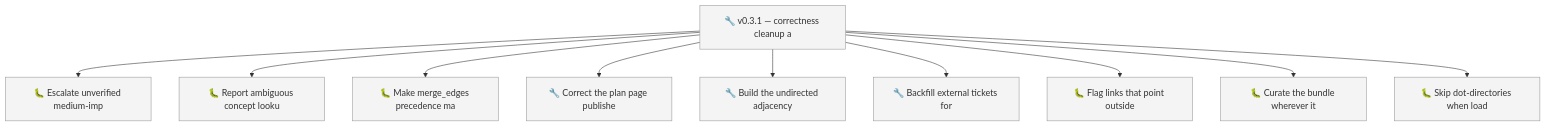
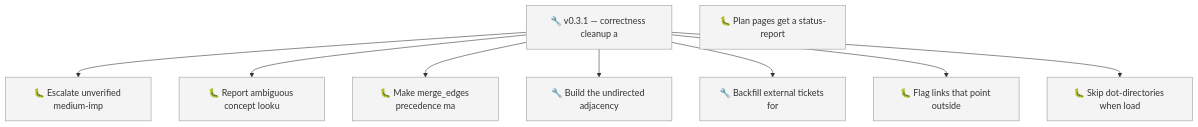
The first of 2 diagrams in docs/roadmap.md (SpillwaveSolutions/okf-plugin), drawn with Mermaid before and after one commit. The commit also changed other lines of this file and 17 other files, not shown here.

````diff
--- a/docs/roadmap.md
+++ b/docs/roadmap.md
@@ -67,24 +70,21 @@
 ```mermaid
 graph TD
     01KZ2CAAT56M9V49211G7NVBYV["🐛 Escalate unverified medium-imp"]
     01KZ2CAAT5C7PGNP8QDXGJJB9E["🐛 Report ambiguous concept looku"]
     01KZ2CAAT5G2ND3RAF4TAXR5B9["🔧 v0.3.1 — correctness cleanup a"]
     01KZ2CAAT5JS108XWJ4T00B3V1["🐛 Make merge_edges precedence ma"]
-    01KZ2CAAT61CM8G0N25MPDEHRQ["🔧 Correct the plan page publishe"]
     01KZ2CAAT64CERBRZMR7AJZ5XW["🔧 Build the undirected adjacency"]
     01KZ2CAAT66ZFTBX9NQ7Z0AKKX["🔧 Backfill external tickets for"]
     01KZ2CAAT6XQ5WCT70AS6QQNTY["🐛 Flag links that point outside"]
-    01KZ2CAAT6YNARXMA7HMNM1AZ1["🐛 Curate the bundle wherever it"]
     01KZ2CAAT6Z9Q09MMFFWD7XH1R["🐛 Skip dot-directories when load"]
+    01KZ2CYK20RWGPSEE6VGZ3NHBP["🐛 Plan pages get a status-report"]
     01KZ2CAAT5G2ND3RAF4TAXR5B9 --> 01KZ2CAAT56M9V49211G7NVBYV
     01KZ2CAAT5G2ND3RAF4TAXR5B9 --> 01KZ2CAAT5C7PGNP8QDXGJJB9E
     01KZ2CAAT5G2ND3RAF4TAXR5B9 --> 01KZ2CAAT5JS108XWJ4T00B3V1
-    01KZ2CAAT5G2ND3RAF4TAXR5B9 --> 01KZ2CAAT61CM8G0N25MPDEHRQ
     01KZ2CAAT5G2ND3RAF4TAXR5B9 --> 01KZ2CAAT64CERBRZMR7AJZ5XW
     01KZ2CAAT5G2ND3RAF4TAXR5B9 --> 01KZ2CAAT66ZFTBX9NQ7Z0AKKX
     01KZ2CAAT5G2ND3RAF4TAXR5B9 --> 01KZ2CAAT6XQ5WCT70AS6QQNTY
-    01KZ2CAAT5G2ND3RAF4TAXR5B9 --> 01KZ2CAAT6YNARXMA7HMNM1AZ1
     01KZ2CAAT5G2ND3RAF4TAXR5B9 --> 01KZ2CAAT6Z9Q09MMFFWD7XH1R
     classDef todo fill:#f4f4f4,stroke:#999999
-    class 01KZ2CAAT56M9V49211G7NVBYV,01KZ2CAAT5C7PGNP8QDXGJJB9E,01KZ2CAAT5G2ND3RAF4TAXR5B9,01KZ2CAAT5JS108XWJ4T00B3V1,01KZ2CAAT61CM8G0N25MPDEHRQ,01KZ2CAAT64CERBRZMR7AJZ5XW,01KZ2CAAT66ZFTBX9NQ7Z0AKKX,01KZ2CAAT6XQ5WCT70AS6QQNTY,01KZ2CAAT6YNARXMA7HMNM1AZ1,01KZ2CAAT6Z9Q09MMFFWD7XH1R todo
+    class 01KZ2CAAT56M9V49211G7NVBYV,01KZ2CAAT5C7PGNP8QDXGJJB9E,01KZ2CAAT5G2ND3RAF4TAXR5B9,01KZ2CAAT5JS108XWJ4T00B3V1,01KZ2CAAT64CERBRZMR7AJZ5XW,01KZ2CAAT66ZFTBX9NQ7Z0AKKX,01KZ2CAAT6XQ5WCT70AS6QQNTY,01KZ2CAAT6Z9Q09MMFFWD7XH1R,01KZ2CYK20RWGPSEE6VGZ3NHBP todo
 ```
````
